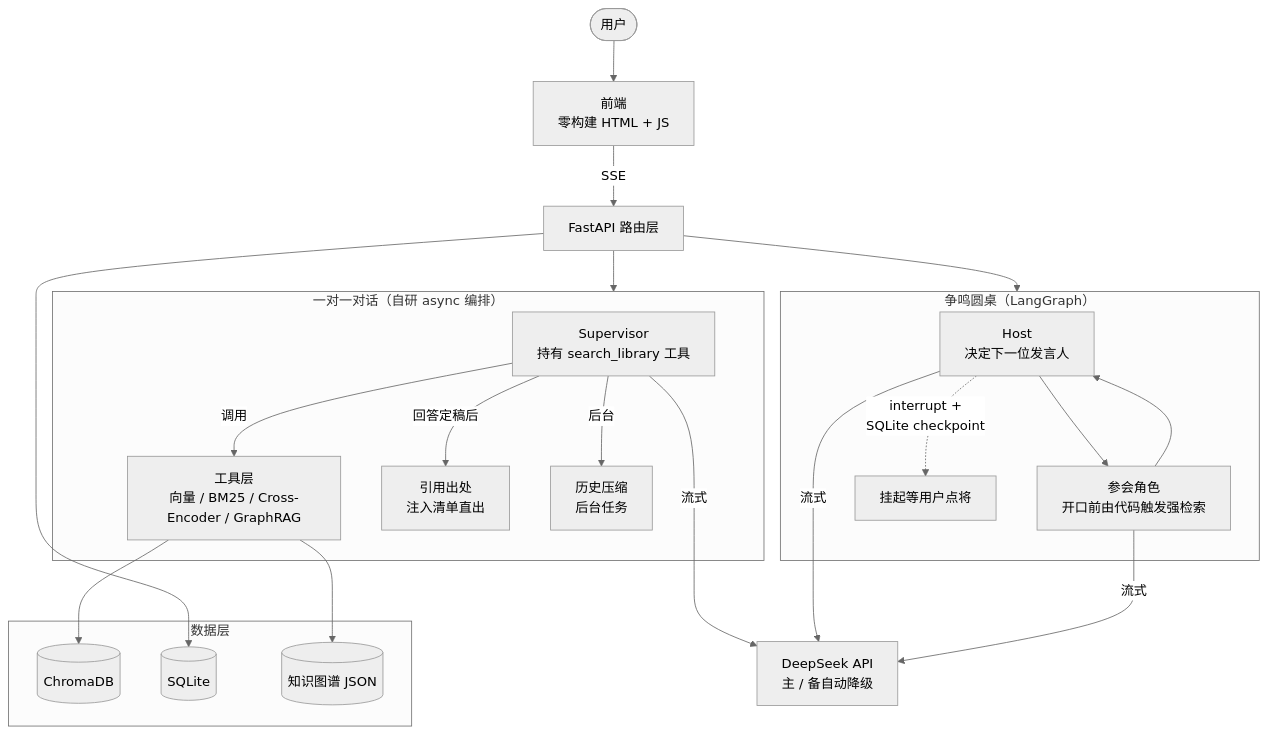
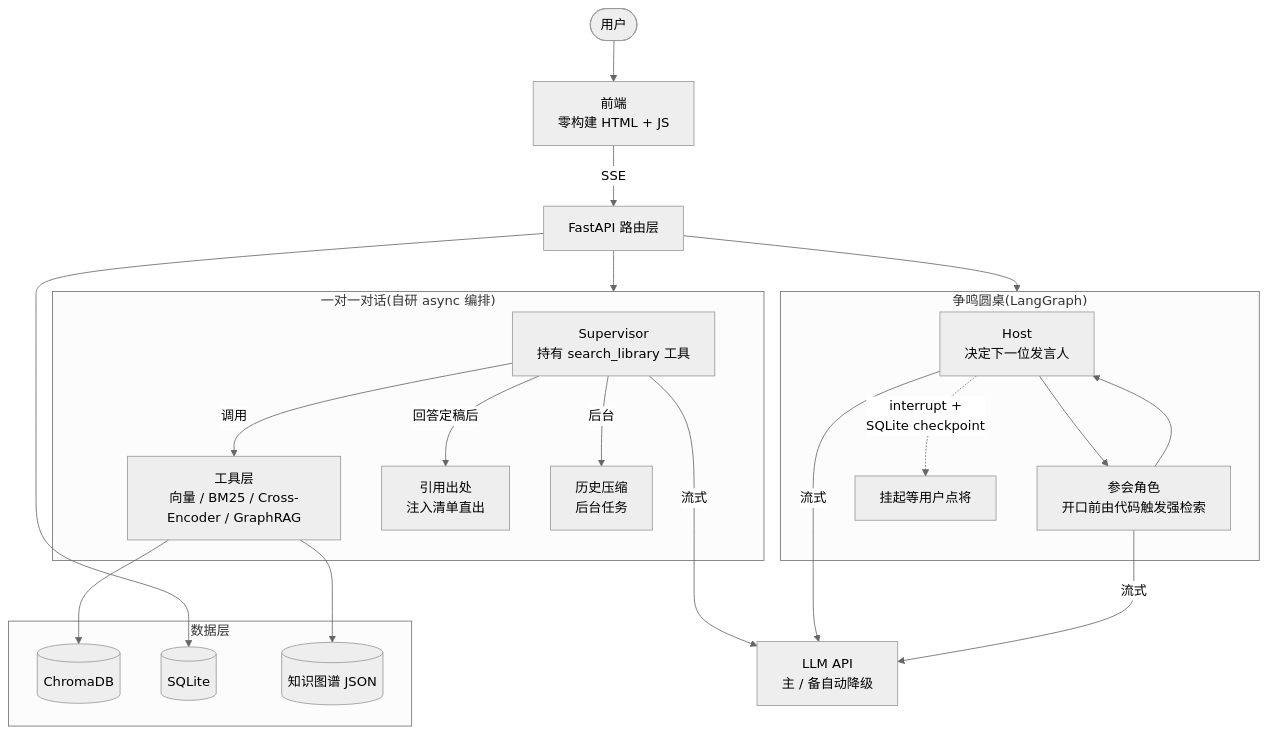
The diagram in README.md (ThekingofAI91/cuxi), drawn with Mermaid (neutral theme) before and after one commit. The commit also changed other lines of this file and 1 other file, not shown here.

````diff
--- a/README.md
+++ b/README.md
@@ -82,40 +46,40 @@
 ```mermaid
 flowchart TD
     User([用户]) --> UI[前端<br/>零构建 HTML + JS]
     UI -->|SSE| API[FastAPI 路由层]
 
-    subgraph OneOnOne["一对一对话（自研 async 编排）"]
+    subgraph OneOnOne["一对一对话(自研 async 编排)"]
         Sup[Supervisor<br/>持有 search_library 工具]
         Tools[工具层<br/>向量 / BM25 / Cross-Encoder / GraphRAG]
         Cite[引用出处<br/>注入清单直出]
         Compress[历史压缩<br/>后台任务]
         Sup -->|调用| Tools
         Sup -->|回答定稿后| Cite
         Sup -->|后台| Compress
     end
 
-    subgraph Roundtable["争鸣圆桌（LangGraph）"]
+    subgraph Roundtable["争鸣圆桌(LangGraph)"]
         Host[Host<br/>决定下一位发言人]
         Participants[参会角色<br/>开口前由代码触发强检索]
         Host --> Participants
         Participants --> Host
         Host -.->|interrupt +<br/>SQLite checkpoint| Wait[挂起等用户点将]
     end
 
     subgraph Data["数据层"]
         Chroma[(ChromaDB)]
         SQLite[(SQLite)]
         Graph[(知识图谱 JSON)]
     end
 
     API --> OneOnOne
     API --> Roundtable
     Tools --> Chroma
     Tools --> Graph
     API --> SQLite
 
-    LLM[DeepSeek API<br/>主 / 备自动降级]
+    LLM[LLM API<br/>主 / 备自动降级]
     Sup -->|流式| LLM
     Host -->|流式| LLM
     Participants -->|流式| LLM
 ```
````
